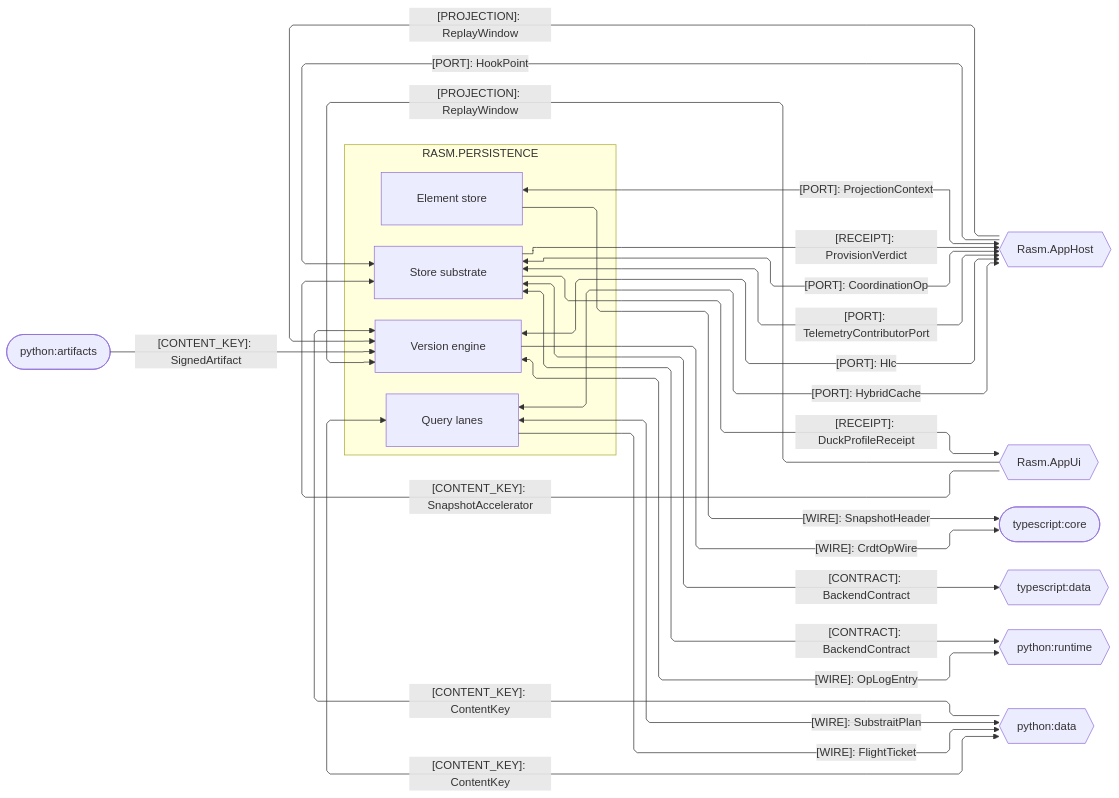
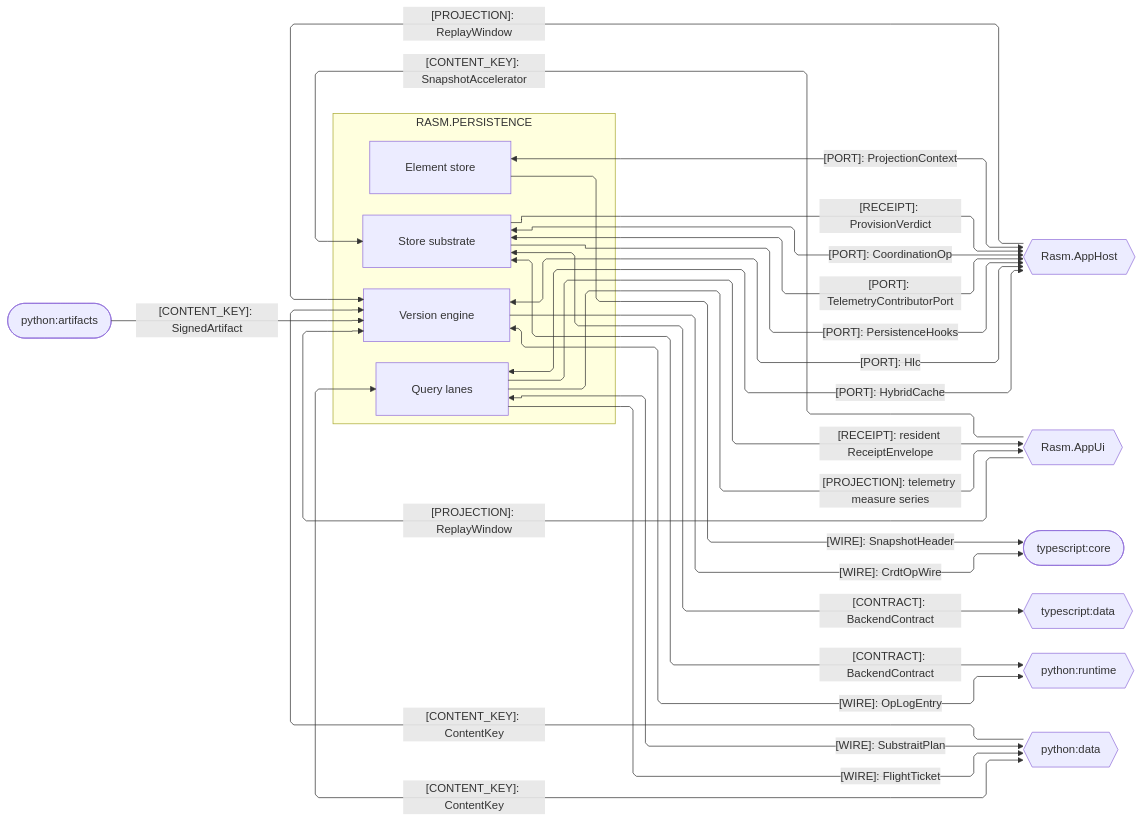
The third of 4 diagrams in libs/csharp/Rasm.Persistence/ARCHITECTURE.md (bsamiee/Rasm), drawn with Mermaid before and after one commit. The commit also changed other lines of this file and 249 other files, not shown here.

````diff
--- a/libs/csharp/Rasm.Persistence/ARCHITECTURE.md
+++ b/libs/csharp/Rasm.Persistence/ARCHITECTURE.md
@@ -146,46 +148,47 @@
 ```mermaid
 ---
 config:
   layout: elk
   flowchart:
     curve: linear
     padding: 25
 ---
 flowchart LR
     accTitle: Persistence platform and cross-runtime seams
-    accDescr: Persistence sub-domain owners exchanging ports, wires, projections, and receipts with the app host, the app UI, and the Python and TypeScript runtimes, edge rails colored by kind and nodes classed by seam direction.
+    accDescr: Persistence sub-domain owners exchanging ports, wires, projections, receipts, content keys, and contracts with the app host, the app UI, and the Python and TypeScript runtimes, one edge per kind.
     subgraph persistence[RASM.PERSISTENCE]
         Element[Element store]
         Version[Version engine]
         Query[Query lanes]
         Store[Store substrate]
     end
     AppHost{{Rasm.AppHost}}
     AppUi{{Rasm.AppUi}}
     Core([typescript:core])
     TsData{{typescript:data}}
     Runtime{{python:runtime}}
     Data{{python:data}}
     Artifacts([python:artifacts])
     Element e1@-->|"[WIRE]: SnapshotHeader"| Core
     Version e2@-->|"[WIRE]: CrdtOpWire"| Core
     Version e3@<-->|"[WIRE]: OpLogEntry"| Runtime
     Artifacts e4@-->|"[CONTENT_KEY]: SignedArtifact"| Version
     Data e5@-->|"[CONTENT_KEY]: ContentKey"| Version
     Query e6@<-->|"[WIRE]: SubstraitPlan"| Data
     Query e16@-->|"[WIRE]: FlightTicket"| Data
     Data e17@<-->|"[CONTENT_KEY]: ContentKey"| Query
     Element e7@<-->|"[PORT]: ProjectionContext"| AppHost
     Version e8@<-->|"[PORT]: Hlc"| AppHost
     AppHost e9@-->|"[PROJECTION]: ReplayWindow"| Version
     Query e11@<-->|"[PORT]: HybridCache"| AppHost
     Store e12@<-->|"[PORT]: CoordinationOp"| AppHost
     Store e18@<-->|"[PORT]: TelemetryContributorPort"| AppHost
-    AppHost e19@-->|"[PORT]: HookPoint"| Store
+    Store e19@-->|"[PORT]: PersistenceHooks"| AppHost
     Store e13@-->|"[RECEIPT]: ProvisionVerdict"| AppHost
     Store e22@<-->|"[CONTRACT]: BackendContract"| Runtime
     Store e23@<-->|"[CONTRACT]: BackendContract"| TsData
     AppUi e14@-->|"[PROJECTION]: ReplayWindow"| Version
     AppUi e15@-->|"[CONTENT_KEY]: SnapshotAccelerator"| Store
-    Store e24@-->|"[RECEIPT]: DuckProfileReceipt"| AppUi
+    Query e24@-->|"[PROJECTION]: telemetry measure series"| AppUi
+    Query e25@-->|"[RECEIPT]: resident ReceiptEnvelope"| AppUi
 ```
````
